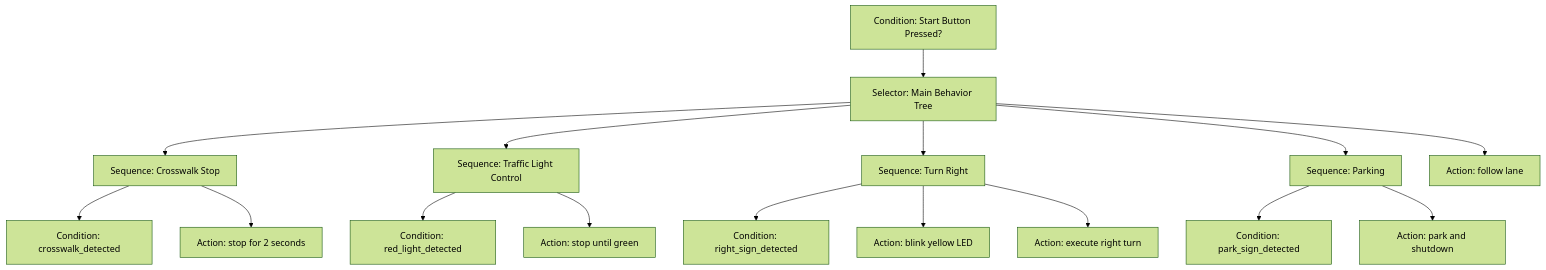
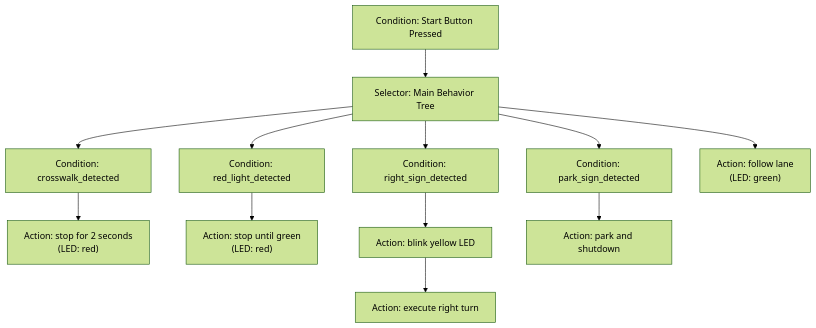
Before and after one commit to SeBin7/Self_Driving: the diagram in README.md, drawn with Mermaid (forest theme). The commit also changed other lines of this file, not shown here.

Commit message:
Update README.md
add Tree Flow Chart

````diff
--- a/README.md
+++ b/README.md
@@ -3,31 +3,25 @@
 ```mermaid
 graph TD
-  Start["Condition: Start Button Pressed?"]
-  MainSelector["Selector: Main Behavior Tree"]
+  Start["Condition: Start Button Pressed"]
+  Start --> MainSelector["Selector: Main Behavior Tree"]
 
-  Start --> MainSelector
+  %% Crosswalk Stop
+  MainSelector --> CrosswalkCheck["Condition: crosswalk_detected"]
+  CrosswalkCheck --> CrosswalkStop["Action: stop for 2 seconds<br>(LED: red)"]
 
-  %% 1. 횡단보도 처리
-  MainSelector --> CrosswalkSeq["Sequence: Crosswalk Stop"]
-  CrosswalkSeq --> CrosswalkCond["Condition: crosswalk_detected"]
-  CrosswalkSeq --> CrosswalkAction["Action: stop for 2 seconds"]
+  %% Traffic Light
+  MainSelector --> RedLightCheck["Condition: red_light_detected"]
+  RedLightCheck --> RedLightWait["Action: stop until green<br>(LED: red)"]
 
-  %% 2. 신호등 처리
-  MainSelector --> LightSeq["Sequence: Traffic Light Control"]
-  LightSeq --> RedCond["Condition: red_light_detected"]
-  LightSeq --> RedAction["Action: stop until green"]
+  %% Turn Right
+  MainSelector --> RightSignCheck["Condition: right_sign_detected"]
+  RightSignCheck --> YellowBlink["Action: blink yellow LED"]
+  YellowBlink --> TurnRight["Action: execute right turn"]
 
-  %% 3. 우회전 처리
-  MainSelector --> TurnSeq["Sequence: Turn Right"]
-  TurnSeq --> RightSignCond["Condition: right_sign_detected"]
-  TurnSeq --> YellowLed["Action: blink yellow LED"]
-  TurnSeq --> TurnAction["Action: execute right turn"]
+  %% Parking
+  MainSelector --> ParkSignCheck["Condition: park_sign_detected"]
+  ParkSignCheck --> ParkStop["Action: park and shutdown"]
 
-  %% 4. 주차 처리
-  MainSelector --> ParkSeq["Sequence: Parking"]
-  ParkSeq --> ParkCond["Condition: park_sign_detected"]
-  ParkSeq --> ParkAction["Action: park and shutdown"]
-
-  %% 5. 기본 주행
-  MainSelector --> FollowAction["Action: follow lane"]
+  %% Fallback
+  MainSelector --> Follow["Action: follow lane<br>(LED: green)"]
 ```
````
